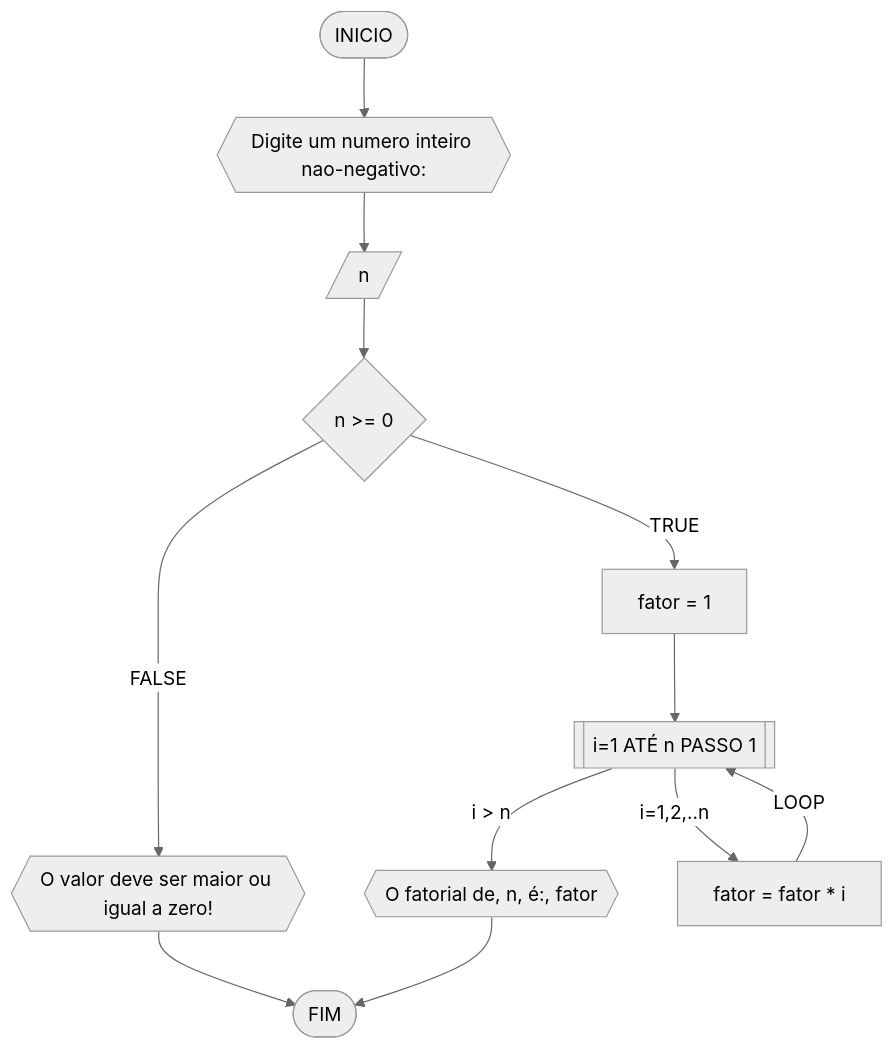
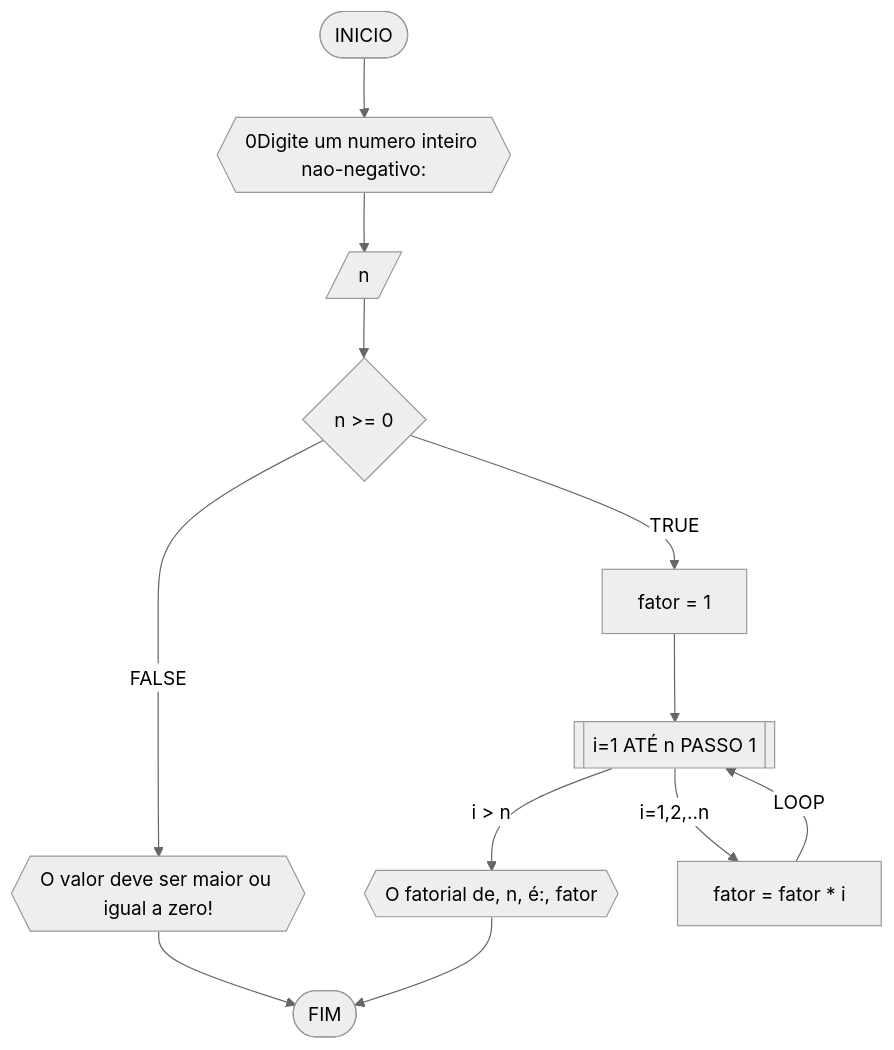
One commit to marviniciuss/unifor changed the sixth of 8 diagrams in RLA/unidade1/AD1.md. Above: the diagram before and after it, drawn with Mermaid (neutral theme). The commit also changed other lines of this file, not shown here.

````diff
--- a/RLA/unidade1/AD1.md
+++ b/RLA/unidade1/AD1.md
@@ -333,14 +333,14 @@
 ```mermaid
 flowchart TD
-A([INICIO]) --> B{{"Digite um numero inteiro nao-negativo:"}}
+A([INICIO]) --> B{{"0Digite um numero inteiro nao-negativo:"}}
 B --> C[/n/]
 C --> D{n >= 0}
 D --TRUE--> E[fator = 1]
 D --FALSE--> J{{O valor deve ser maior ou igual a zero!}}
 J --> I([FIM])
 E --> F[[i=1 ATÉ n PASSO 1]]
 F --"i > n"--> H{{O fatorial de, n, é:, fator}}
 F --"i=1,2,..n"--> G[fator = fator * i]
 G --LOOP--> F
 H --> I
 ```
````
